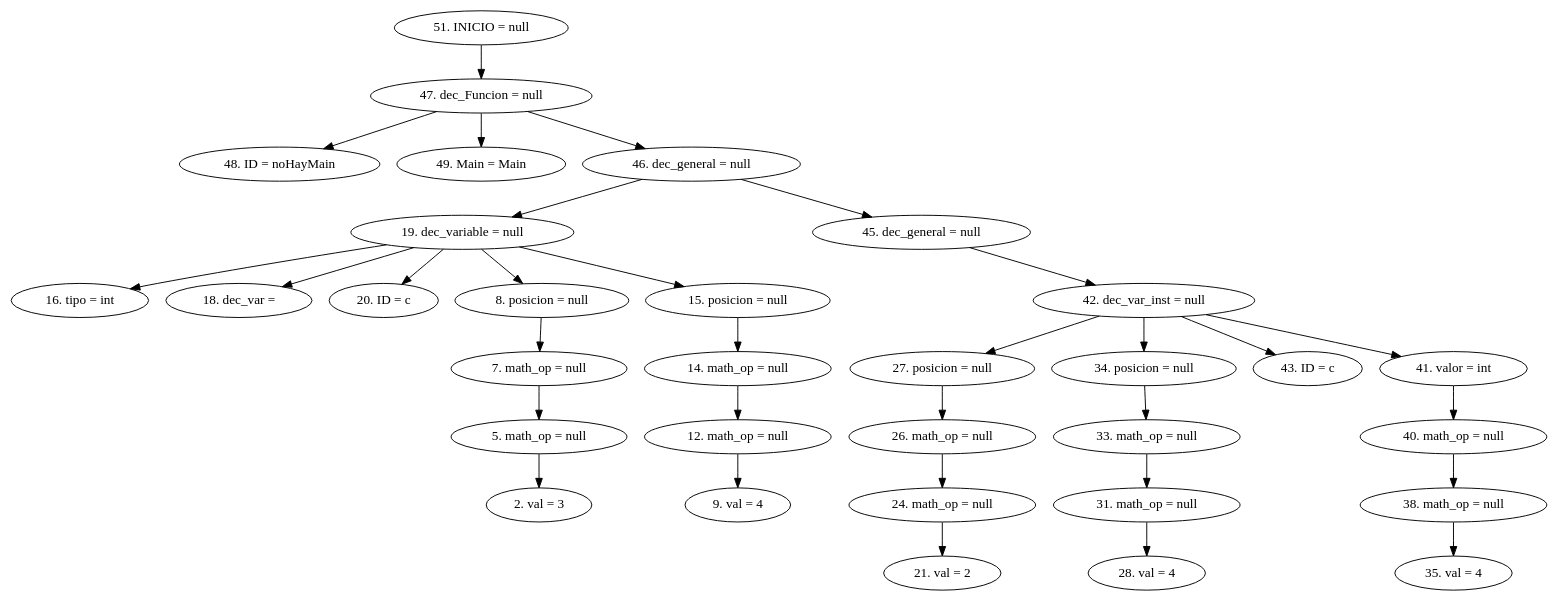
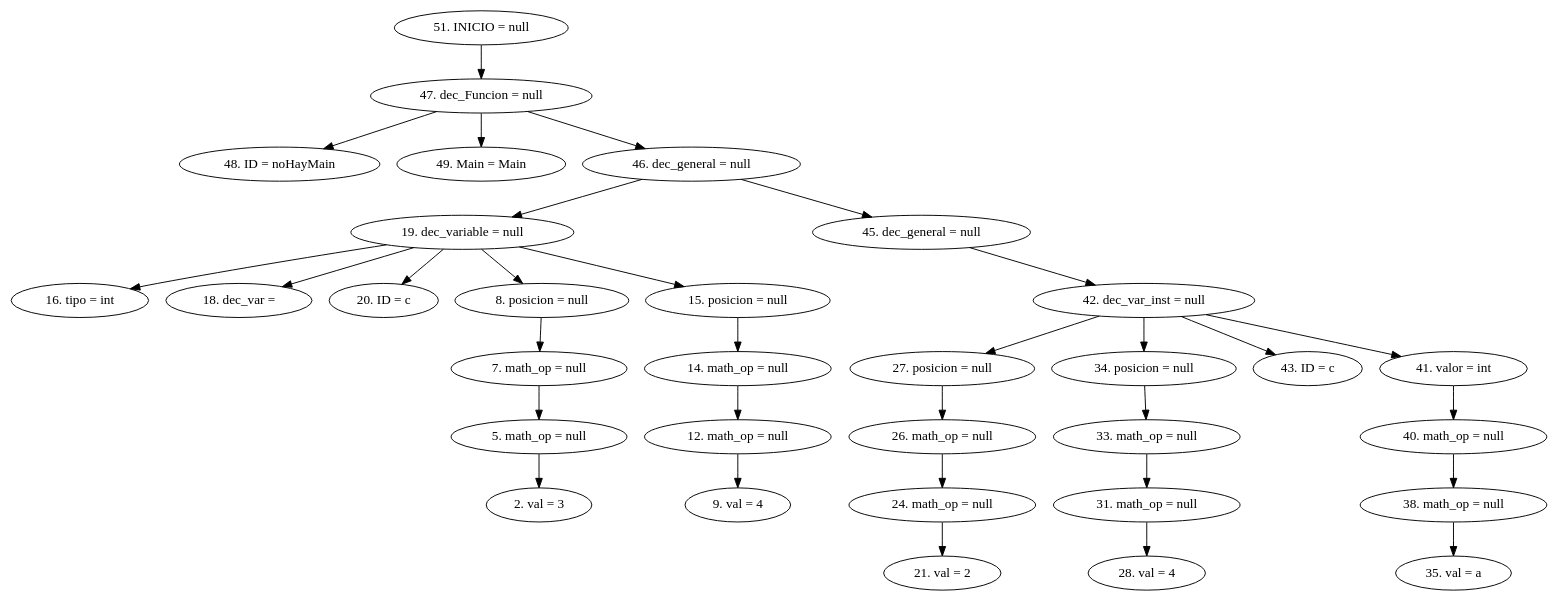
Before and after one commit to CarlosSosVos/NACHTs: the diagram in AST.dot, drawn with Graphviz. The commit also changed 4 other files, not shown here.

```diff
--- a/AST.dot
+++ b/AST.dot
@@ -1,35 +1,35 @@
 digraph G {
 "51. INICIO = null"->"47. dec_Funcion = null"
 "47. dec_Funcion = null"->"48. ID = noHayMain"
 "47. dec_Funcion = null"->"49. Main = Main"
 "47. dec_Funcion = null"->"46. dec_general = null"
 "46. dec_general = null"->"19. dec_variable = null"
 "19. dec_variable = null"->"16. tipo = int"
 "19. dec_variable = null"->"18. dec_var = "
 "19. dec_variable = null"->"20. ID = c"
 "19. dec_variable = null"->"8. posicion = null"
 "8. posicion = null"->"7. math_op = null"
 "7. math_op = null"->"5. math_op = null"
 "5. math_op = null"->"2. val = 3"
 "19. dec_variable = null"->"15. posicion = null"
 "15. posicion = null"->"14. math_op = null"
 "14. math_op = null"->"12. math_op = null"
 "12. math_op = null"->"9. val = 4"
 "46. dec_general = null"->"45. dec_general = null"
 "45. dec_general = null"->"42. dec_var_inst = null"
 "42. dec_var_inst = null"->"27. posicion = null"
 "27. posicion = null"->"26. math_op = null"
 "26. math_op = null"->"24. math_op = null"
 "24. math_op = null"->"21. val = 2"
 "42. dec_var_inst = null"->"34. posicion = null"
 "34. posicion = null"->"33. math_op = null"
 "33. math_op = null"->"31. math_op = null"
 "31. math_op = null"->"28. val = 4"
 "42. dec_var_inst = null"->"43. ID = c"
 "42. dec_var_inst = null"->"41. valor = int"
 "41. valor = int"->"40. math_op = null"
 "40. math_op = null"->"38. math_op = null"
-"38. math_op = null"->"35. val = 4"
+"38. math_op = null"->"35. val = a"
 
 
 }
```
